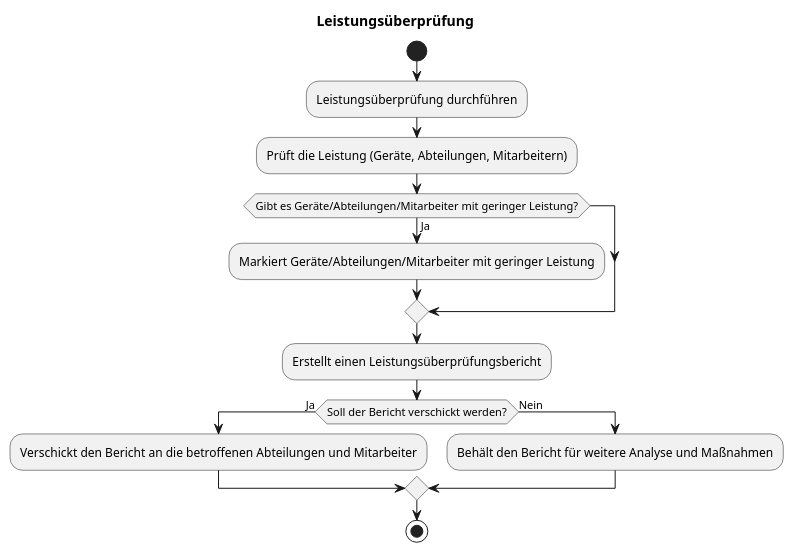
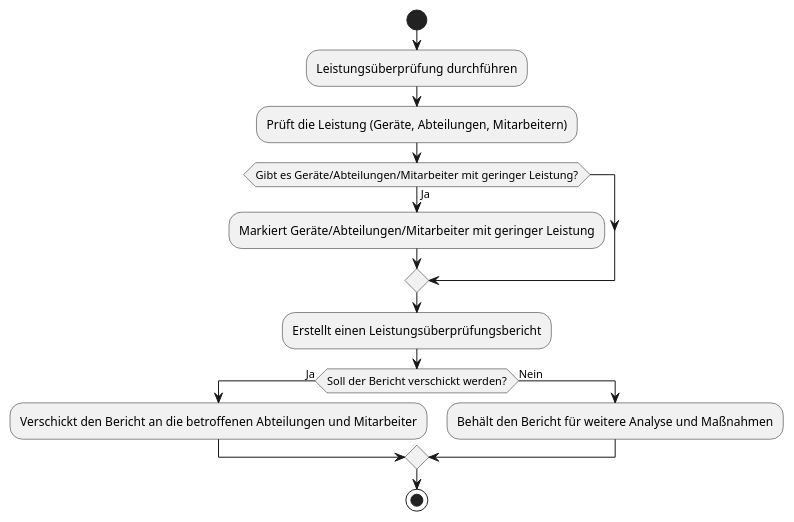
Before and after one commit to helenlaible/ss23-kba-project: diagram 13 of 14 in docs/2_planning/3_activity_diagrams.md, drawn with PlantUML. The commit also changed other lines of this file, not shown here.

````diff
--- a/docs/2_planning/3_activity_diagrams.md
+++ b/docs/2_planning/3_activity_diagrams.md
@@ -346,24 +345,23 @@
 ```plantuml
 @startuml
-title Leistungsüberprüfung
 
 start
 
 :Leistungsüberprüfung durchführen;
 
 :Prüft die Leistung (Geräte, Abteilungen, Mitarbeitern);
 if (Gibt es Geräte/Abteilungen/Mitarbeiter mit geringer Leistung?) then (Ja)
   :Markiert Geräte/Abteilungen/Mitarbeiter mit geringer Leistung;
 endif
 
 :Erstellt einen Leistungsüberprüfungsbericht;
 
 if (Soll der Bericht verschickt werden?) then (Ja)
   :Verschickt den Bericht an die betroffenen Abteilungen und Mitarbeiter;
 else (Nein)
   :Behält den Bericht für weitere Analyse und Maßnahmen;
 endif
 
 stop
 @enduml
 ```
````
